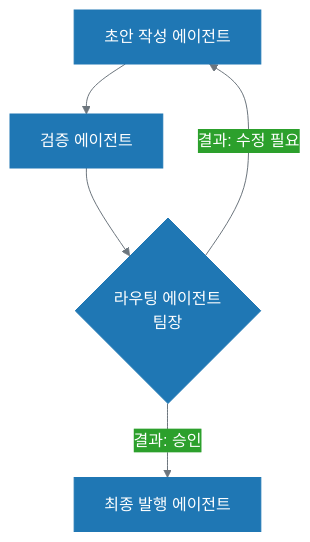
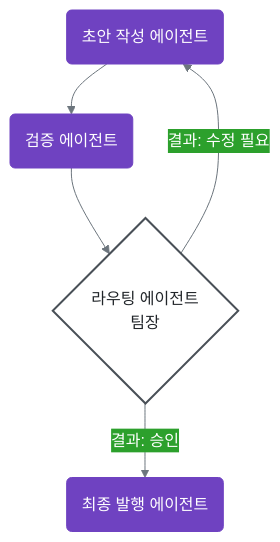
Before and after one commit to wooxist/ai-instructions: the fourth of 4 diagrams in book/07-process-workflow.md, drawn with Mermaid. The commit also changed other lines of this file and 15 other files, not shown here.

````diff
--- a/book/07-process-workflow.md
+++ b/book/07-process-workflow.md
@@ -109,18 +137,28 @@
 ```mermaid
 %%{init: {
   'theme': 'base',
   'themeVariables': {
     'primaryColor': '#1f77b4',
     'primaryTextColor': '#ffffff',
     'primaryBorderColor': '#1f77b4',
     'lineColor': '#6c757d',
     'background': 'transparent',
     'edgeLabelBackground': '#2ca02c'
   }
 }}%%
 graph TD
-    A[초안 작성 에이전트] --> B[검증 에이전트]
+    A("초안 작성 에이전트") --> B("검증 에이전트")
     B --> C{라우팅 에이전트<br/>팀장}
-    C -- "결과: 승인" --> D[최종 발행 에이전트]
+    C -- "결과: 승인" --> D("최종 발행 에이전트")
     C -- "결과: 수정 필요" --> A
+
+    %% 클래스 정의 및 적용 (WRITER 부록 A 기준)
+    classDef principle fill:#1f77b4,stroke:#1f77b4,color:#ffffff;
+    classDef decision fill:#ffffff,stroke:#495057,stroke-width:2px,color:#212529;
+    classDef agent fill:#6f42c1,stroke:#6f42c1,color:#ffffff;
+    classDef artifact fill:#17a2b8,stroke:#17a2b8,color:#ffffff;
+    classDef data fill:#2ca02c,stroke:#2ca02c,color:#ffffff;
+    classDef human fill:#e83e8c,stroke:#e83e8c,color:#ffffff;
+    class A,B,D agent;
+    class C decision;
 ```
````
